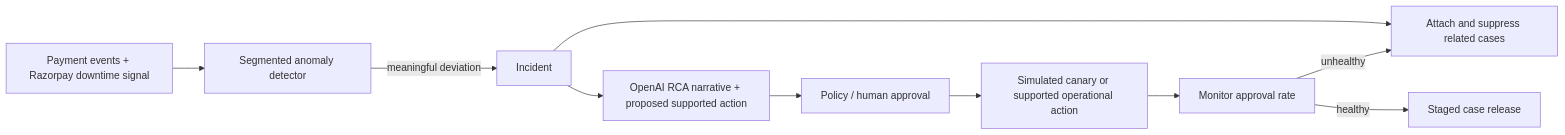
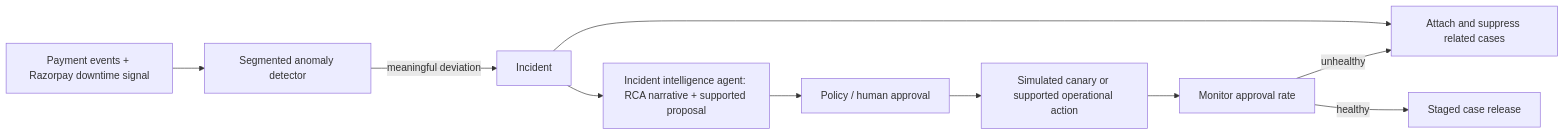
One commit to siddharthg2309/razorpay-buildathon changed the third of 4 diagrams in outputs/revenue-recovery-architecture-v2.md. Above: the diagram before and after it, drawn with Mermaid. The commit also changed other lines of this file and 1 other file, not shown here.

Commit message:
docs: model parallel recovery agent runtime

````diff
--- a/outputs/revenue-recovery-architecture-v2.md
+++ b/outputs/revenue-recovery-architecture-v2.md
@@ -132,12 +154,12 @@
 ```mermaid
 flowchart LR
     A[Payment events + Razorpay downtime signal] --> B[Segmented anomaly detector]
     B -->|meaningful deviation| C[Incident]
     C --> D[Attach and suppress related cases]
-    C --> E[OpenAI RCA narrative + proposed supported action]
+    C --> E[Incident intelligence agent: RCA narrative + supported proposal]
     E --> F[Policy / human approval]
     F --> G[Simulated canary or supported operational action]
     G --> H[Monitor approval rate]
     H -->|healthy| I[Staged case release]
     H -->|unhealthy| D
 ```
````
